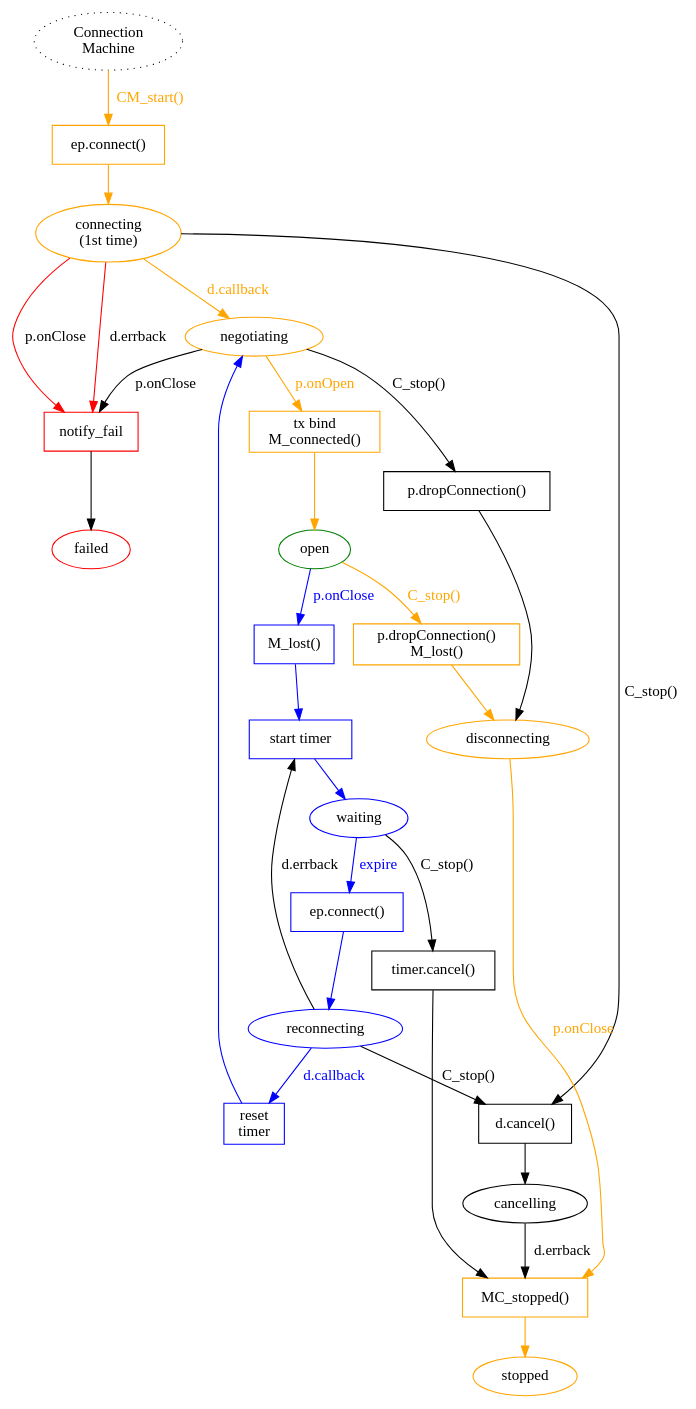
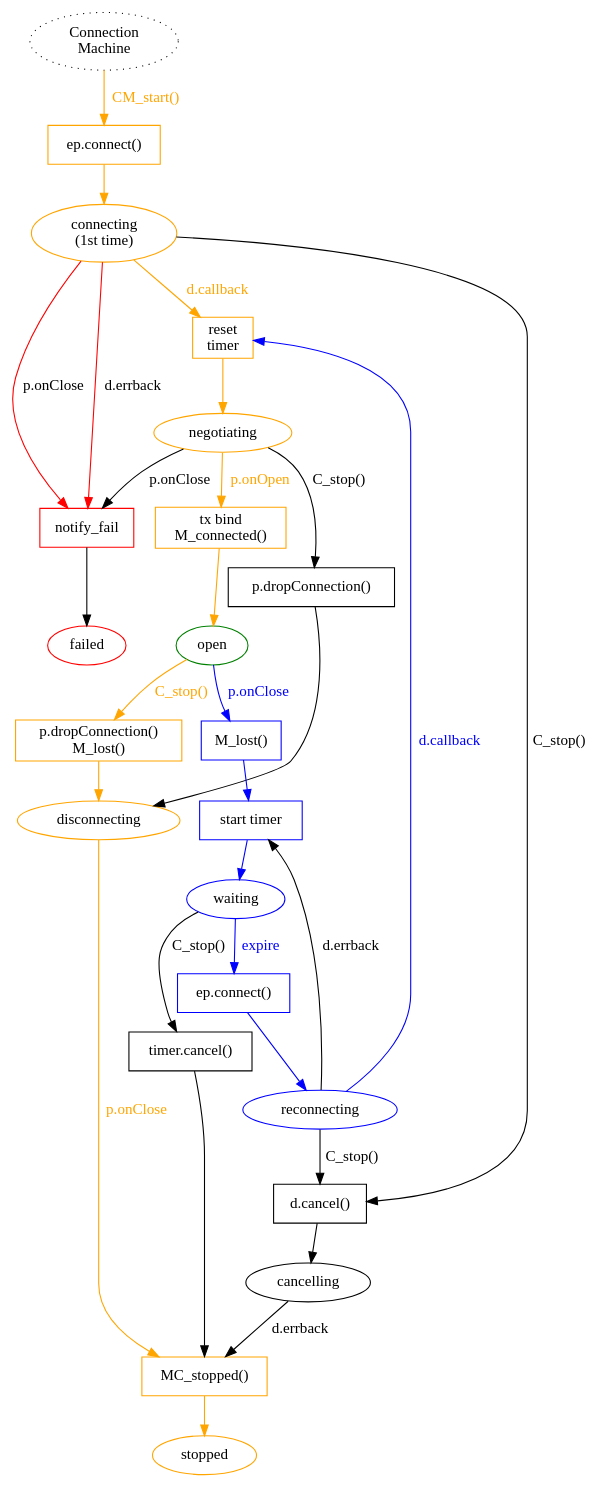
Before and after one commit to magic-wormhole/magic-wormhole: the diagram in docs/w4.dot, drawn with Graphviz. The commit also changed 2 other files, not shown here.

```diff
--- a/docs/w4.dot
+++ b/docs/w4.dot
@@ -1,61 +1,61 @@
 digraph {
 
 
         /* ConnectionMachine */
         C_start [label="Connection\nMachine" style="dotted"]
         C_start -> C_Pc1 [label="CM_start()" color="orange" fontcolor="orange"]
         C_Pc1 [shape="box" label="ep.connect()" color="orange"]
         C_Pc1 -> C_Sc1 [color="orange"]
         C_Sc1 [label="connecting\n(1st time)" color="orange"]
-        C_Sc1 -> C_S_negotiating [label="d.callback" color="orange" fontcolor="orange"]
+        C_Sc1 -> C_P_reset [label="d.callback" color="orange" fontcolor="orange"]
+        C_P_reset [shape="box" label="reset\ntimer" color="orange"]
+        C_P_reset -> C_S_negotiating [color="orange"]
         C_Sc1 -> C_P_failed [label="d.errback" color="red"]
         C_Sc1 -> C_P_failed [label="p.onClose" color="red"]
         C_Sc1 -> C_P_cancel [label="C_stop()"]
         C_P_cancel [shape="box" label="d.cancel()"]
         C_P_cancel -> C_S_cancelling
         C_S_cancelling [label="cancelling"]
         C_S_cancelling -> C_P_stopped [label="d.errback"]
 
         C_S_negotiating [label="negotiating" color="orange"]
         C_S_negotiating -> C_P_failed [label="p.onClose"]
         C_S_negotiating -> C_P_connected [label="p.onOpen" color="orange" fontcolor="orange"]
         C_S_negotiating -> C_P_drop2 [label="C_stop()"]
         C_P_drop2 [shape="box" label="p.dropConnection()"]
         C_P_drop2 -> C_S_disconnecting
         C_P_connected [shape="box" label="tx bind\nM_connected()" color="orange"]
         C_P_connected -> C_S_open [color="orange"]
 
         C_S_open [label="open" color="green"]
         C_S_open -> C_P_lost [label="p.onClose" color="blue" fontcolor="blue"]
         C_S_open -> C_P_drop [label="C_stop()" color="orange" fontcolor="orange"]
         C_P_drop [shape="box" label="p.dropConnection()\nM_lost()" color="orange"]
         C_P_drop -> C_S_disconnecting [color="orange"]
         C_S_disconnecting [label="disconnecting" color="orange"]
         C_S_disconnecting -> C_P_stopped [label="p.onClose" color="orange" fontcolor="orange"]
 
         C_P_lost [shape="box" label="M_lost()" color="blue"]
         C_P_lost -> C_P_wait [color="blue"]
         C_P_wait [shape="box" label="start timer" color="blue"]
         C_P_wait -> C_S_waiting [color="blue"]
         C_S_waiting [label="waiting" color="blue"]
         C_S_waiting -> C_Pc2 [label="expire" color="blue" fontcolor="blue"]
         C_S_waiting -> C_P_stop_timer [label="C_stop()"]
         C_P_stop_timer [shape="box" label="timer.cancel()"]
         C_P_stop_timer -> C_P_stopped
         C_Pc2 [shape="box" label="ep.connect()" color="blue"]
         C_Pc2 -> C_Sc2 [color="blue"]
         C_Sc2 [label="reconnecting" color="blue"]
         C_Sc2 -> C_P_reset [label="d.callback" color="blue" fontcolor="blue"]
-        C_P_reset [shape="box" label="reset\ntimer" color="blue"]
-        C_P_reset -> C_S_negotiating [color="blue"]
         C_Sc2 -> C_P_wait [label="d.errback"]
         C_Sc2 -> C_P_cancel [label="C_stop()"]
 
         C_P_stopped [shape="box" label="MC_stopped()" color="orange"]
         C_P_stopped -> C_S_stopped [color="orange"]
         C_S_stopped [label="stopped" color="orange"]
 
         C_P_failed [shape="box" label="notify_fail" color="red"]
         C_P_failed -> C_S_failed
         C_S_failed [label="failed" color="red"]
 }
```
